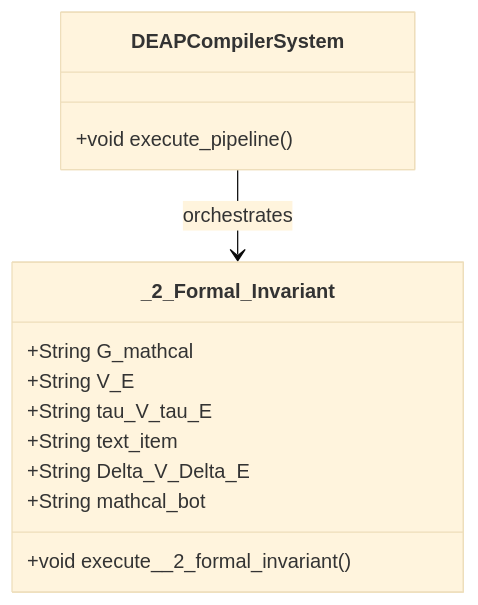
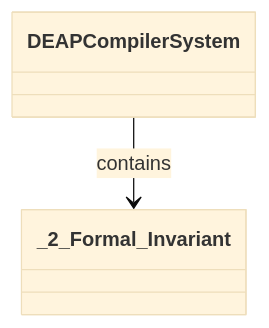
The diagram in docs/features/FEAT-38-_2_Formal_Invariant.md (gintatkinson/dumpiler-01), drawn with Mermaid (base theme) before and after one commit. The commit also changed other lines of this file and 101 other files, not shown here.

````diff
--- a/docs/features/FEAT-38-_2_Formal_Invariant.md
+++ b/docs/features/FEAT-38-_2_Formal_Invariant.md
@@ -25,16 +29,6 @@
 ```mermaid
 classDiagram
-    class DEAPCompilerSystem {
-        +void execute_pipeline()
-    }
-    class _2_Formal_Invariant {
-        +String G_mathcal
-        +String V_E
-        +String tau_V_tau_E
-        +String text_item
-        +String Delta_V_Delta_E
-        +String mathcal_bot
-        +void execute__2_formal_invariant()
-    }
-    DEAPCompilerSystem --> _2_Formal_Invariant : orchestrates
+    class DEAPCompilerSystem
+    class _2_Formal_Invariant
+    DEAPCompilerSystem --> _2_Formal_Invariant : contains
 ```
````
